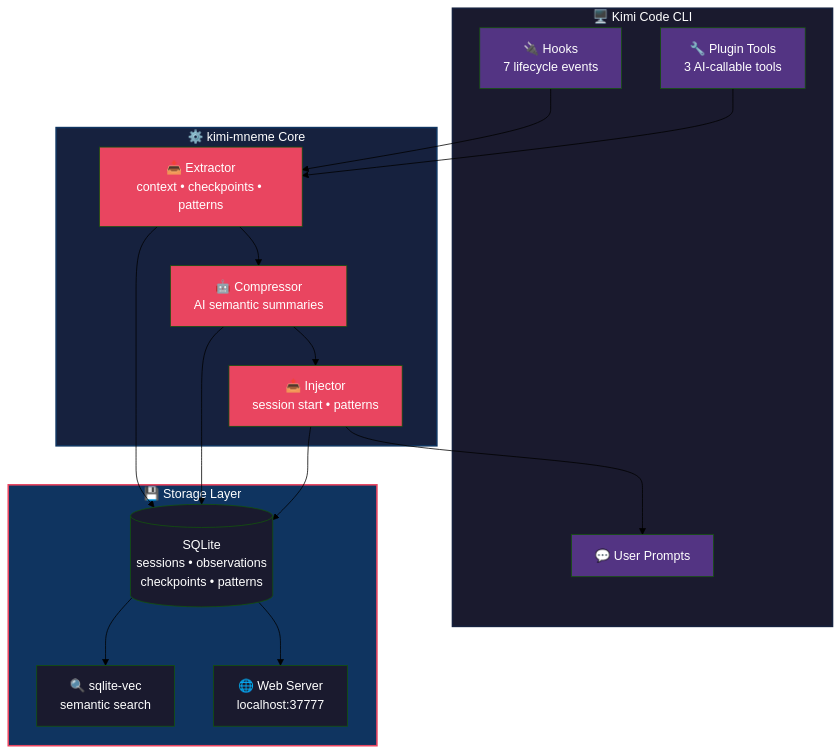
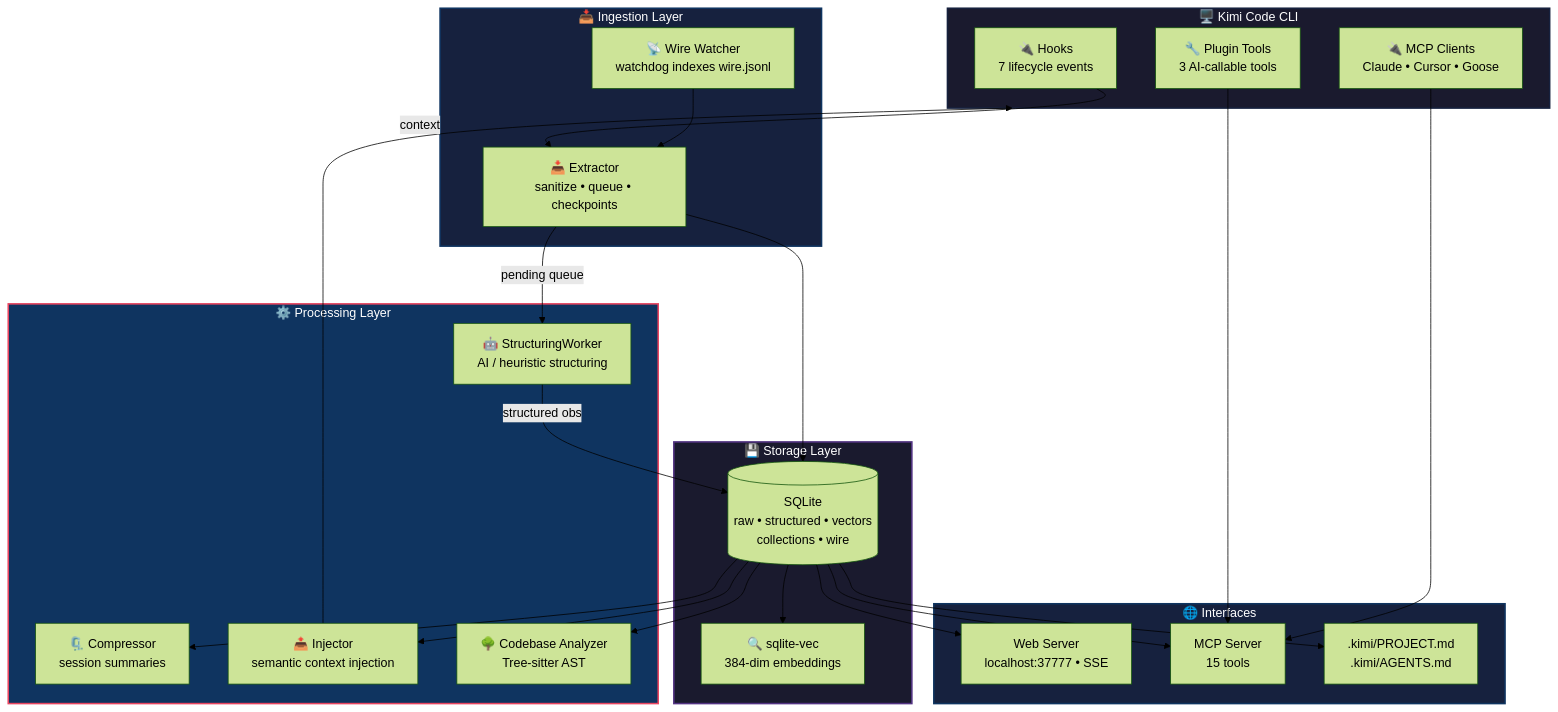
The diagram in README.md (barrelc/kimi-mneme), drawn with Mermaid (forest theme) before and after one commit. The commit also changed other lines of this file, not shown here.

Commit message:
docs(README): update architecture diagram to v2.0 reality
- Add Wire Watcher, StructuringWorker, Codebase Analyzer
- Separate Ingestion / Processing / Storage / Interfaces layers
- Add MCP Server (15 tools) and MCP Clients
- Add PROJECT.md / AGENTS.md generation
- Fix data flow: extractor -> queue -> worker -> structured store
- Update component table with all 12 components

````diff
--- a/README.md
+++ b/README.md
@@ -249,44 +249,53 @@
 ```mermaid
 flowchart TB
     subgraph kimi_cli["🖥️ Kimi Code CLI"]
         hooks["🔌 Hooks<br/>7 lifecycle events"]
         plugin["🔧 Plugin Tools<br/>3 AI-callable tools"]
-        prompts["💬 User Prompts"]
+        mcp_client["🔌 MCP Clients<br/>Claude • Cursor • Goose"]
     end
 
-    subgraph core["⚙️ kimi-mneme Core"]
-        extractor["📥 Extractor<br/>context • checkpoints • patterns"]
-        compressor["🤖 Compressor<br/>AI semantic summaries"]
-        injector["📤 Injector<br/>session start • patterns"]
+    subgraph ingestion["📥 Ingestion Layer"]
+        wire["📡 Wire Watcher<br/>watchdog indexes wire.jsonl"]
+        extractor["📥 Extractor<br/>sanitize • queue • checkpoints"]
+    end
+
+    subgraph processing["⚙️ Processing Layer"]
+        worker["🤖 StructuringWorker<br/>AI / heuristic structuring"]
+        compressor["🗜️ Compressor<br/>session summaries"]
+        injector["📤 Injector<br/>semantic context injection"]
+        analyzer["🌳 Codebase Analyzer<br/>Tree-sitter AST"]
     end
 
     subgraph storage["💾 Storage Layer"]
-        sqlite[("SQLite<br/>sessions • observations<br/>checkpoints • patterns")]
-        vec["🔍 sqlite-vec<br/>semantic search"]
-        server["🌐 Web Server<br/>localhost:37777"]
+        sqlite[("SQLite<br/>raw • structured • vectors<br/>collections • wire")]
+        vec["🔍 sqlite-vec<br/>384-dim embeddings"]
+    end
+
+    subgraph interfaces["🌐 Interfaces"]
+        server["Web Server<br/>localhost:37777 • SSE"]
+        mcp_server["MCP Server<br/>15 tools"]
+        project_md[".kimi/PROJECT.md<br/>.kimi/AGENTS.md"]
     end
 
     hooks --> extractor
-    plugin --> extractor
-    extractor --> compressor
-    compressor --> injector
-    injector --> prompts
+    wire --> extractor
     extractor --> sqlite
-    compressor --> sqlite
-    injector --> sqlite
+    extractor -->|pending queue| worker
+    worker -->|structured obs| sqlite
     sqlite --> vec
+    sqlite --> compressor
+    sqlite --> injector
+    sqlite --> analyzer
     sqlite --> server
+    sqlite --> mcp_server
+    sqlite --> project_md
+    plugin --> mcp_server
+    mcp_client --> mcp_server
+    injector -->|context| kimi_cli
 
     style kimi_cli fill:#1a1a2e,stroke:#16213e,stroke-width:2px,color:#fff
-    style core fill:#16213e,stroke:#0f3460,stroke-width:2px,color:#fff
-    style storage fill:#0f3460,stroke:#e94560,stroke-width:2px,color:#fff
-    style hooks fill:#533483,color:#fff
-    style plugin fill:#533483,color:#fff
-    style prompts fill:#533483,color:#fff
-    style extractor fill:#e94560,color:#fff
-    style compressor fill:#e94560,color:#fff
-    style injector fill:#e94560,color:#fff
-    style sqlite fill:#1a1a2e,color:#fff
-    style vec fill:#1a1a2e,color:#fff
-    style server fill:#1a1a2e,color:#fff
+    style ingestion fill:#16213e,stroke:#0f3460,stroke-width:2px,color:#fff
+    style processing fill:#0f3460,stroke:#e94560,stroke-width:2px,color:#fff
+    style storage fill:#1a1a2e,stroke:#533483,stroke-width:2px,color:#fff
+    style interfaces fill:#16213e,stroke:#0f3460,stroke-width:2px,color:#fff
 ```
````
